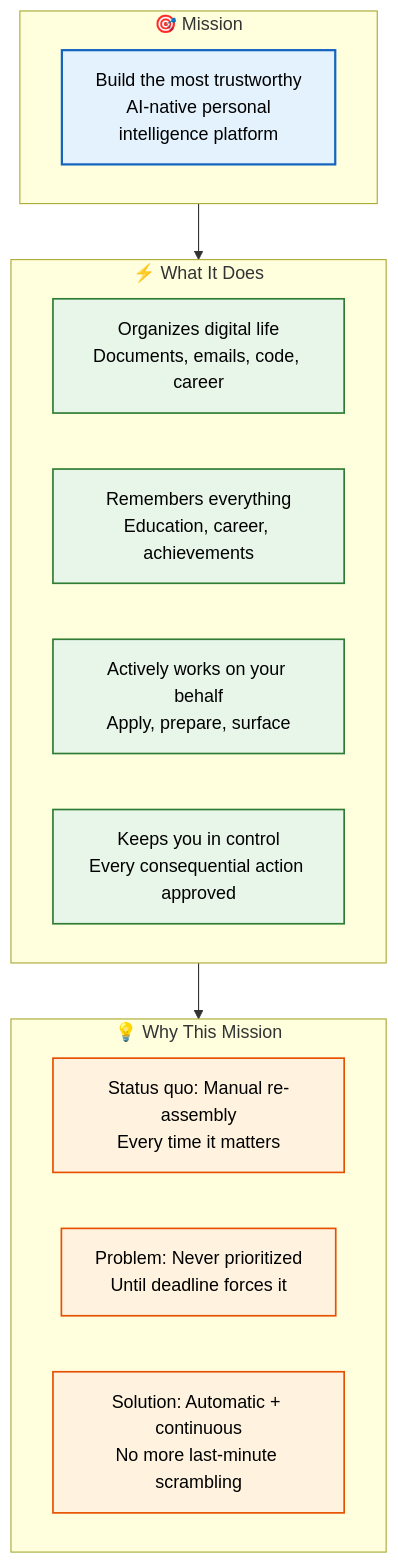
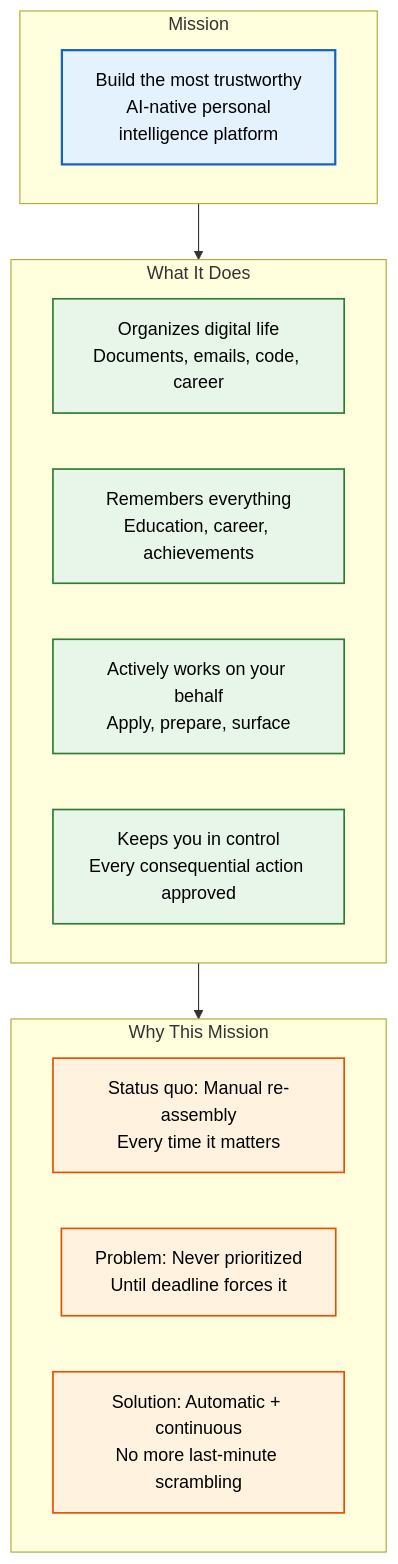
One commit to Driftloom/Vaeloom changed the diagram in docs/product/Mission.md. Above: the diagram before and after it, drawn with Mermaid. The commit also changed 694 other files, not shown here.

First line of the commit message:
docs: mermaid standardization — encoding/mermaid/duplicate cleanup

````diff
--- a/docs/product/Mission.md
+++ b/docs/product/Mission.md
@@ -8,29 +8,29 @@
 ```mermaid
 graph TD
-    classDef core fill:#e3f2fd,stroke:#1565c0,color:#000,stroke-width:2px
-    classDef pillar fill:#e8f5e9,stroke:#2e7d32,color:#000,stroke-width:1.5px
-    classDef why fill:#fff3e0,stroke:#e65100,color:#000,stroke-width:1.5px
+ classDef core fill:#e3f2fd,stroke:#1565c0,color:#000,stroke-width:2px
+ classDef pillar fill:#e8f5e9,stroke:#2e7d32,color:#000,stroke-width:1.5px
+ classDef why fill:#fff3e0,stroke:#e65100,color:#000,stroke-width:1.5px
 
-    subgraph Mission["🎯 Mission"]
-        M["Build the most trustworthy<br/>AI-native personal<br/>intelligence platform"]
-    end
+ subgraph Mission["Mission"]
+ M["Build the most trustworthy<br/>AI-native personal<br/>intelligence platform"]
+ end
 
-    subgraph What["⚡ What It Does"]
-        W1["Organizes digital life<br/>Documents, emails, code, career"]
-        W2["Remembers everything<br/>Education, career, achievements"]
-        W3["Actively works on your behalf<br/>Apply, prepare, surface"]
-        W4["Keeps you in control<br/>Every consequential action approved"]
-    end
+ subgraph What["What It Does"]
+ W1["Organizes digital life<br/>Documents, emails, code, career"]
+ W2["Remembers everything<br/>Education, career, achievements"]
+ W3["Actively works on your behalf<br/>Apply, prepare, surface"]
+ W4["Keeps you in control<br/>Every consequential action approved"]
+ end
 
-    subgraph Why["💡 Why This Mission"]
-        Y1["Status quo: Manual re-assembly<br/>Every time it matters"]
-        Y2["Problem: Never prioritized<br/>Until deadline forces it"]
-        Y3["Solution: Automatic + continuous<br/>No more last-minute scrambling"]
-    end
+ subgraph Why["Why This Mission"]
+ Y1["Status quo: Manual re-assembly<br/>Every time it matters"]
+ Y2["Problem: Never prioritized<br/>Until deadline forces it"]
+ Y3["Solution: Automatic + continuous<br/>No more last-minute scrambling"]
+ end
 
-    Mission --> What --> Why
+ Mission--> What--> Why
 
-    class M core
-    class W1,W2,W3,W4 pillar
-    class Y1,Y2,Y3 why
+ class M core
+ class W1,W2,W3,W4 pillar
+ class Y1,Y2,Y3 why
 ```
````
